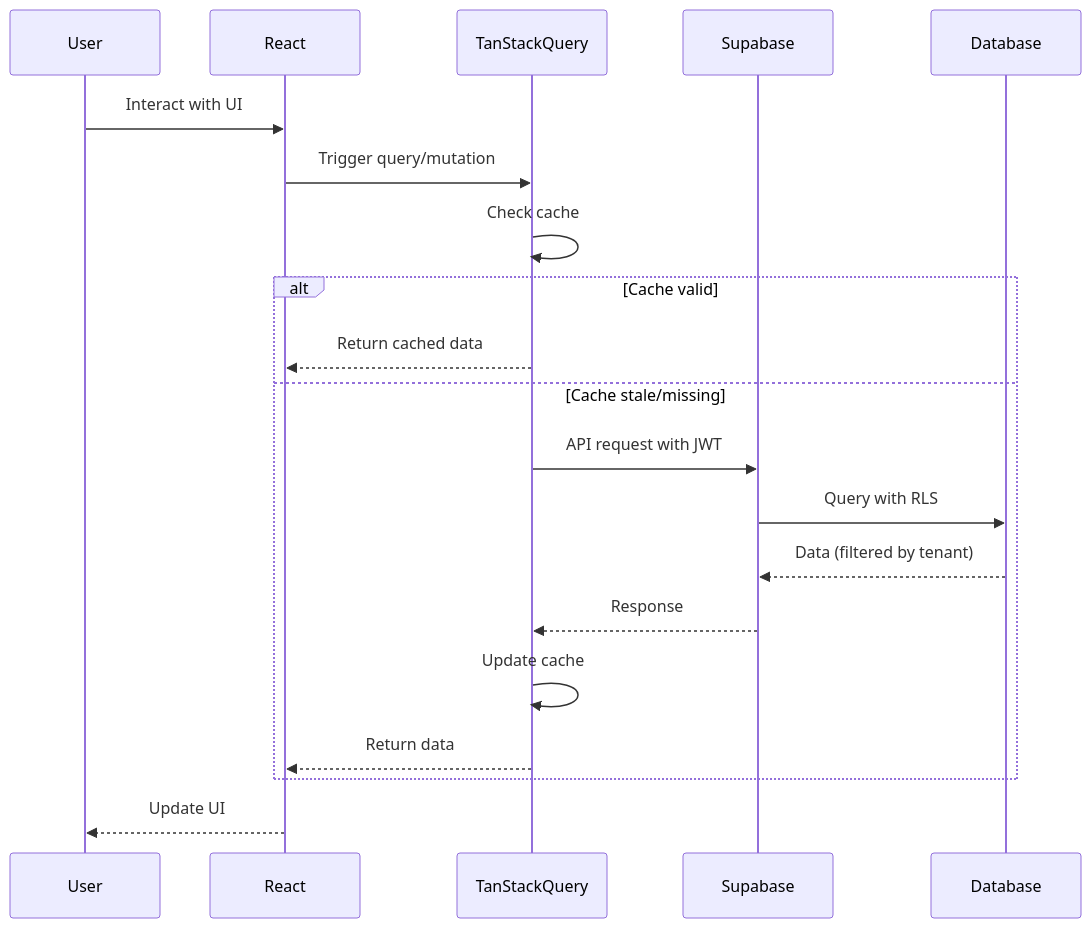
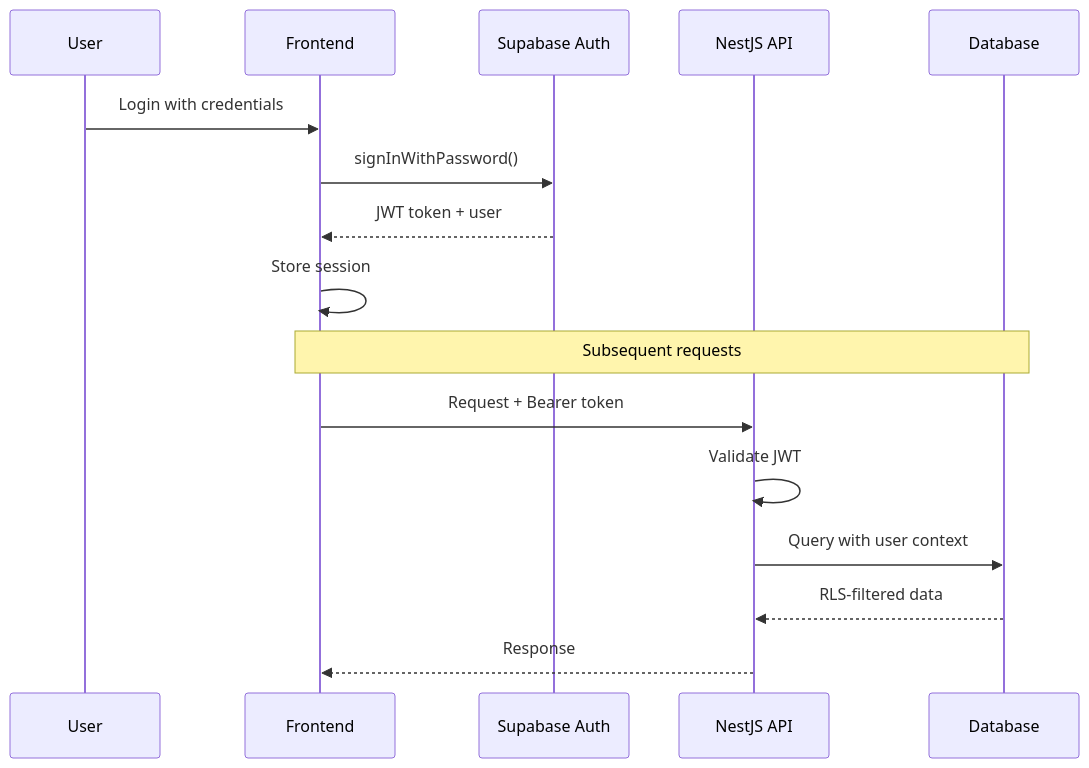
The second of 6 diagrams in docs/docs/architecture/overview.md (boutchaz/agritech), drawn with Mermaid before and after one commit. The commit also changed other lines of this file and 7 other files, not shown here.

````diff
--- a/docs/docs/architecture/overview.md
+++ b/docs/docs/architecture/overview.md
@@ -214,23 +269,21 @@
 ```mermaid
 sequenceDiagram
     participant User
-    participant React
-    participant TanStackQuery
-    participant Supabase
+    participant Frontend
+    participant Supabase Auth
+    participant NestJS API
     participant Database
 
-    User->>React: Interact with UI
-    React->>TanStackQuery: Trigger query/mutation
-    TanStackQuery->>TanStackQuery: Check cache
-    alt Cache valid
-        TanStackQuery-->>React: Return cached data
-    else Cache stale/missing
-        TanStackQuery->>Supabase: API request with JWT
-        Supabase->>Database: Query with RLS
-        Database-->>Supabase: Data (filtered by tenant)
-        Supabase-->>TanStackQuery: Response
-        TanStackQuery->>TanStackQuery: Update cache
-        TanStackQuery-->>React: Return data
-    end
-    React-->>User: Update UI
+    User->>Frontend: Login with credentials
+    Frontend->>Supabase Auth: signInWithPassword()
+    Supabase Auth-->>Frontend: JWT token + user
+    Frontend->>Frontend: Store session
+    
+    Note over Frontend,Database: Subsequent requests
+    
+    Frontend->>NestJS API: Request + Bearer token
+    NestJS API->>NestJS API: Validate JWT
+    NestJS API->>Database: Query with user context
+    Database-->>NestJS API: RLS-filtered data
+    NestJS API-->>Frontend: Response
 ```
````
